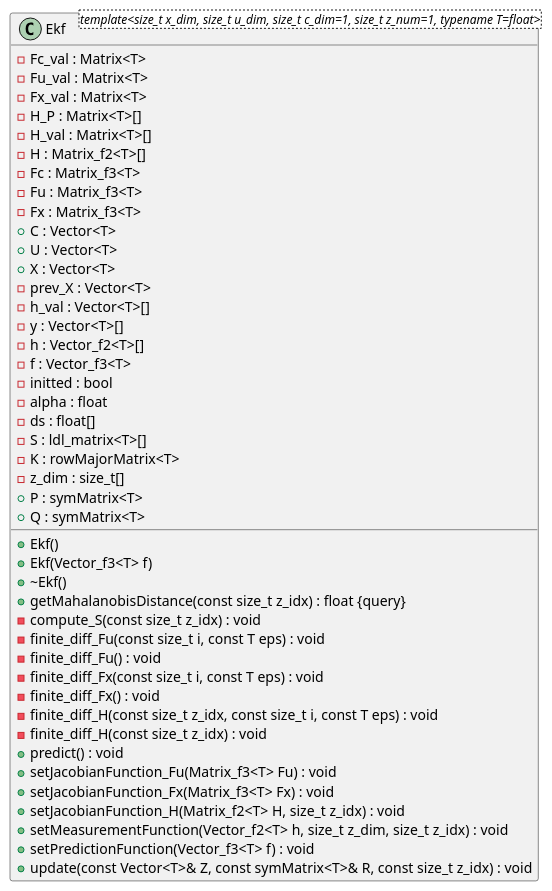
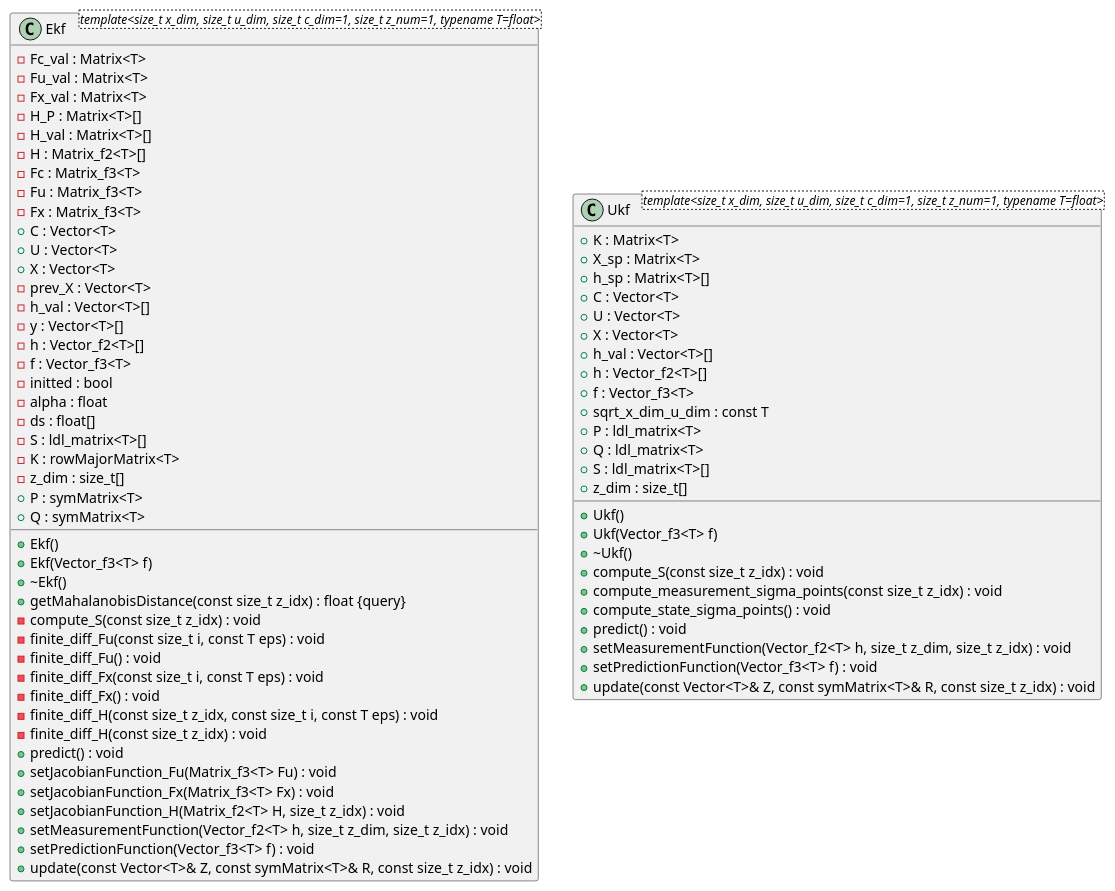
The diagram in lib/ESP32AlgebraFilters/docs/classDiagram.puml (robinAZERTY/ESP32Algebra), drawn with PlantUML before and after one commit. The commit also changed 2 other files, not shown here.

Commit message:
rename uml generator

```diff
--- a/lib/ESP32AlgebraFilters/docs/classDiagram.puml
+++ b/lib/ESP32AlgebraFilters/docs/classDiagram.puml
@@ -1,74 +1,102 @@
 @startuml
 
 
 
 
 
 /' Objects '/
 
 class Ekf <template<size_t x_dim, size_t u_dim, size_t c_dim=1, size_t z_num=1, typename T=float>> {
 	+Ekf()
 	+Ekf(Vector_f3<T> f)
 	+~Ekf()
 	-Fc_val : Matrix<T>
 	-Fu_val : Matrix<T>
 	-Fx_val : Matrix<T>
 	-H_P : Matrix<T>[]
 	-H_val : Matrix<T>[]
 	-H : Matrix_f2<T>[]
 	-Fc : Matrix_f3<T>
 	-Fu : Matrix_f3<T>
 	-Fx : Matrix_f3<T>
 	+C : Vector<T>
 	+U : Vector<T>
 	+X : Vector<T>
 	-prev_X : Vector<T>
 	-h_val : Vector<T>[]
 	-y : Vector<T>[]
 	-h : Vector_f2<T>[]
 	-f : Vector_f3<T>
 	-initted : bool
 	-alpha : float
 	+getMahalanobisDistance(const size_t z_idx) : float {query}
 	-ds : float[]
 	-S : ldl_matrix<T>[]
 	-K : rowMajorMatrix<T>
 	-z_dim : size_t[]
 	+P : symMatrix<T>
 	+Q : symMatrix<T>
 	-compute_S(const size_t z_idx) : void
 	-finite_diff_Fu(const size_t i, const T eps) : void
 	-finite_diff_Fu() : void
 	-finite_diff_Fx(const size_t i, const T eps) : void
 	-finite_diff_Fx() : void
 	-finite_diff_H(const size_t z_idx, const size_t i, const T eps) : void
 	-finite_diff_H(const size_t z_idx) : void
 	+predict() : void
 	+setJacobianFunction_Fu(Matrix_f3<T> Fu) : void
 	+setJacobianFunction_Fx(Matrix_f3<T> Fx) : void
 	+setJacobianFunction_H(Matrix_f2<T> H, size_t z_idx) : void
 	+setMeasurementFunction(Vector_f2<T> h, size_t z_dim, size_t z_idx) : void
 	+setPredictionFunction(Vector_f3<T> f) : void
 	+update(const Vector<T>& Z, const symMatrix<T>& R, const size_t z_idx) : void
 }
 
 
+class Ukf <template<size_t x_dim, size_t u_dim, size_t c_dim=1, size_t z_num=1, typename T=float>> {
+	+Ukf()
+	+Ukf(Vector_f3<T> f)
+	+~Ukf()
+	+K : Matrix<T>
+	+X_sp : Matrix<T>
+	+h_sp : Matrix<T>[]
+	+C : Vector<T>
+	+U : Vector<T>
+	+X : Vector<T>
+	+h_val : Vector<T>[]
+	+h : Vector_f2<T>[]
+	+f : Vector_f3<T>
+	+sqrt_x_dim_u_dim : const T
+	+P : ldl_matrix<T>
+	+Q : ldl_matrix<T>
+	+S : ldl_matrix<T>[]
+	+z_dim : size_t[]
+	+compute_S(const size_t z_idx) : void
+	+compute_measurement_sigma_points(const size_t z_idx) : void
+	+compute_state_sigma_points() : void
+	+predict() : void
+	+setMeasurementFunction(Vector_f2<T> h, size_t z_dim, size_t z_idx) : void
+	+setPredictionFunction(Vector_f3<T> f) : void
+	+update(const Vector<T>& Z, const symMatrix<T>& R, const size_t z_idx) : void
+}
+
+
 
 
 
 /' Inheritance relationships '/
 
 
 
 
 /' Aggregation relationships '/
 
 
 
 
 
 /' Nested objects '/
 
 
 
 @enduml
```
